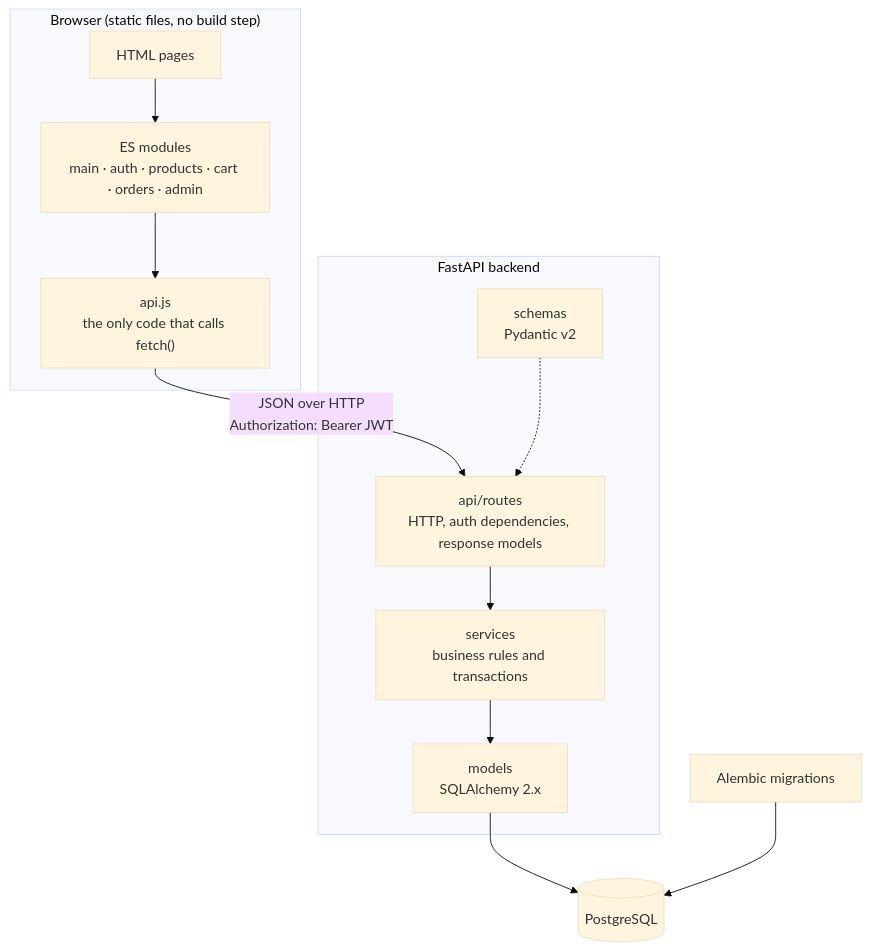
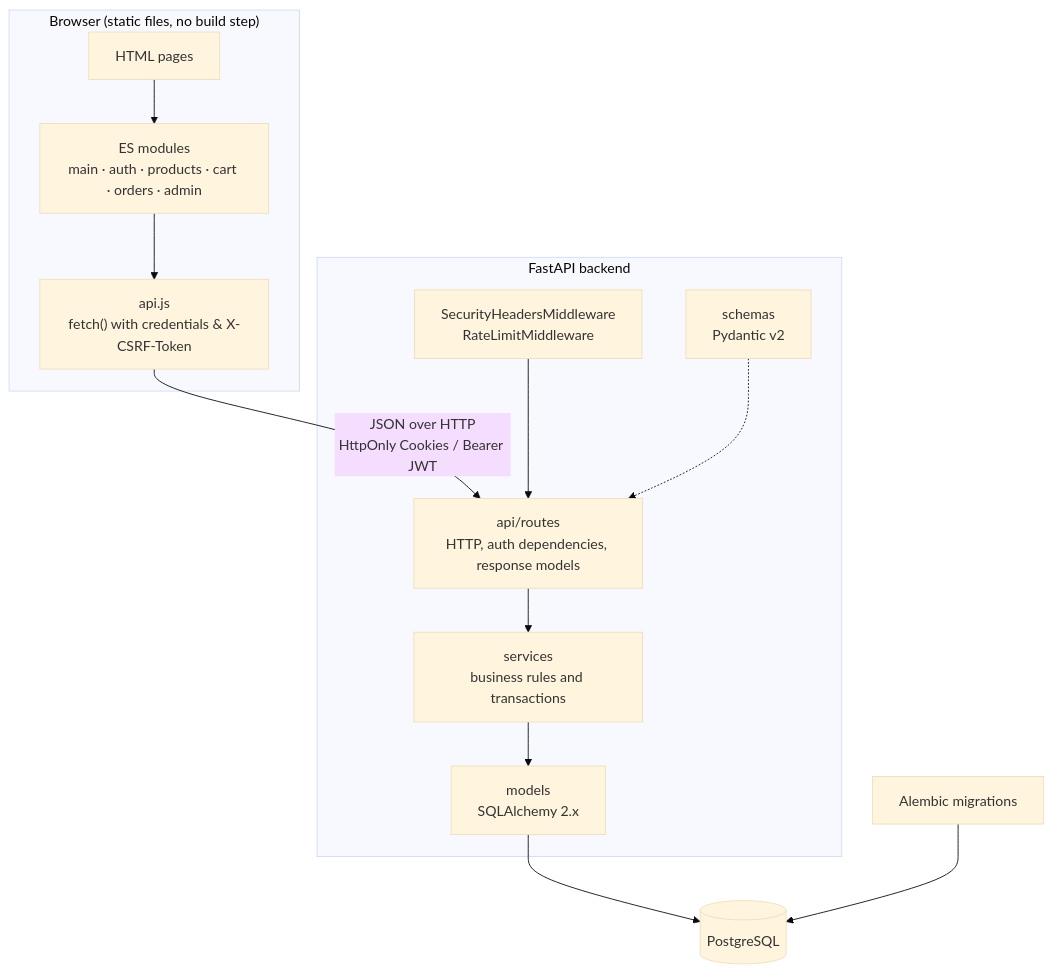
Before and after one commit to aradkj/pc-shop: the first of 5 diagrams in README.md, drawn with Mermaid (base theme). The commit also changed other lines of this file and 68 other files, not shown here.

````diff
--- a/README.md
+++ b/README.md
@@ -63,15 +71,16 @@
 ```mermaid
 flowchart TB
     subgraph Browser["Browser (static files, no build step)"]
         HTML["HTML pages"] --> JS["ES modules<br/>main · auth · products · cart · orders · admin"]
-        JS --> APIJS["api.js<br/>the only code that calls fetch()"]
+        JS --> APIJS["api.js<br/>fetch() with credentials & X-CSRF-Token"]
     end
-    APIJS -->|"JSON over HTTP<br/>Authorization: Bearer JWT"| Routes
+    APIJS -->|"JSON over HTTP<br/>HttpOnly Cookies / Bearer JWT"| Routes
     subgraph FastAPI["FastAPI backend"]
+        Middleware["SecurityHeadersMiddleware<br/>RateLimitMiddleware"] --> Routes
         Routes["api/routes<br/>HTTP, auth dependencies, response models"] --> Services["services<br/>business rules and transactions"]
         Services --> Models["models<br/>SQLAlchemy 2.x"]
         Schemas["schemas<br/>Pydantic v2"] -.-> Routes
     end
     Models --> PG[("PostgreSQL")]
     Alembic["Alembic migrations"] --> PG
 ```
````
